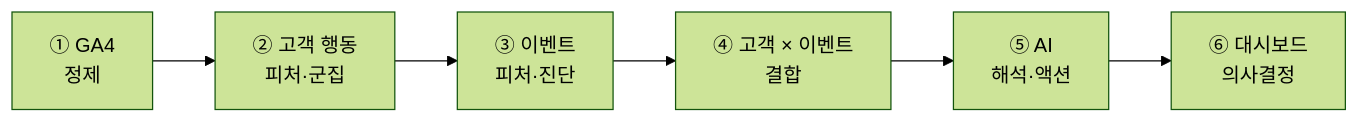
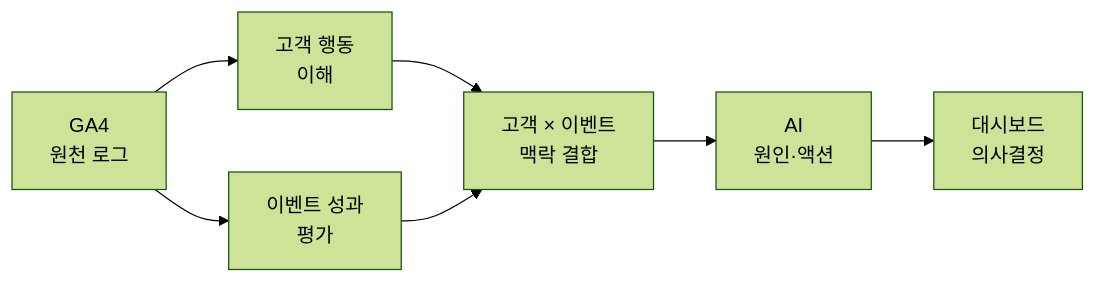
Before and after one commit to qkrwlfjddl/Marketing-KPI-AI-Insight: the first of 4 diagrams in docs/implementation.md, drawn with Mermaid (forest theme). The commit also changed other lines of this file, not shown here.

````diff
--- a/docs/implementation.md
+++ b/docs/implementation.md
@@ -18,8 +15,9 @@
 ```mermaid
 flowchart LR
-    A["① GA4<br/>정제"] --> B["② 고객 행동<br/>피처·군집"]
-    B --> C["③ 이벤트<br/>피처·진단"]
-    C --> D["④ 고객 × 이벤트<br/>결합"]
-    D --> E["⑤ AI<br/>해석·액션"]
-    E --> F["⑥ 대시보드<br/>의사결정"]
+    A["GA4<br/>원천 로그"] --> B["고객 행동<br/>이해"]
+    A --> C["이벤트 성과<br/>평가"]
+    B --> D["고객 × 이벤트<br/>맥락 결합"]
+    C --> D
+    D --> E["AI<br/>원인·액션"]
+    E --> F["대시보드<br/>의사결정"]
 ```
````
